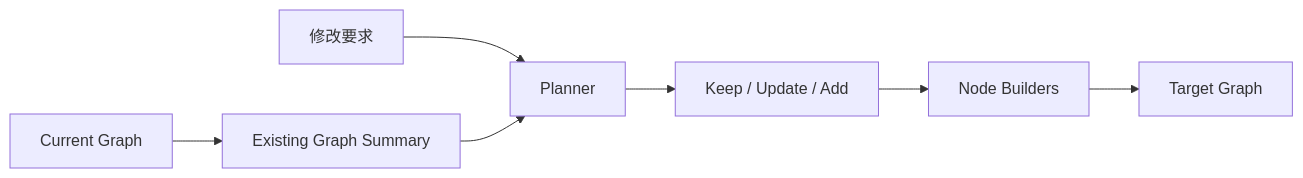
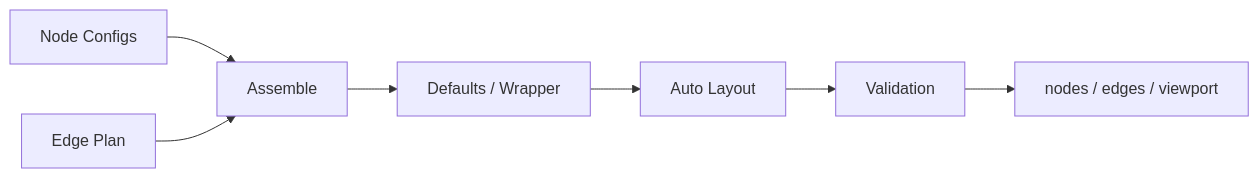
Before and after one commit to sgfd-ui/internship: the ninth of 12 diagrams in weekly-report/dify-1.17-core-capabilities-research.md, drawn with Mermaid. The commit also changed other lines of this file, not shown here.

Commit message:
docs: simplify AI Workflow research architecture

````diff
--- a/weekly-report/dify-1.17-core-capabilities-research.md
+++ b/weekly-report/dify-1.17-core-capabilities-research.md
@@ -265,9 +253,9 @@
 ```mermaid
 flowchart LR
-    A[Current Graph] --> B[Existing Graph Summary]
-    C[修改要求] --> D[Planner]
-    B --> D
-    D --> E[Keep / Update / Add]
-    E --> F[Node Builders]
-    F --> G[Target Graph]
+    A[Node Configs] --> B[Assemble]
+    C[Edge Plan] --> B
+    B --> D[Defaults / Wrapper]
+    D --> E[Auto Layout]
+    E --> F[Validation]
+    F --> G[nodes / edges / viewport]
 ```
````
